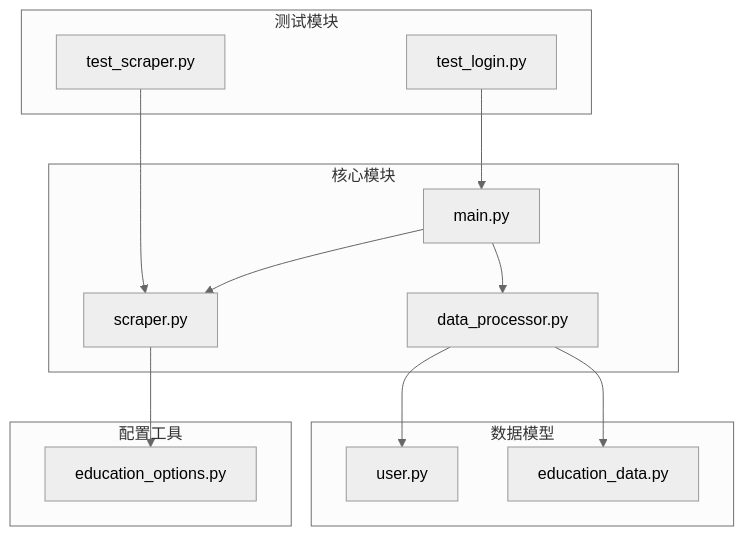
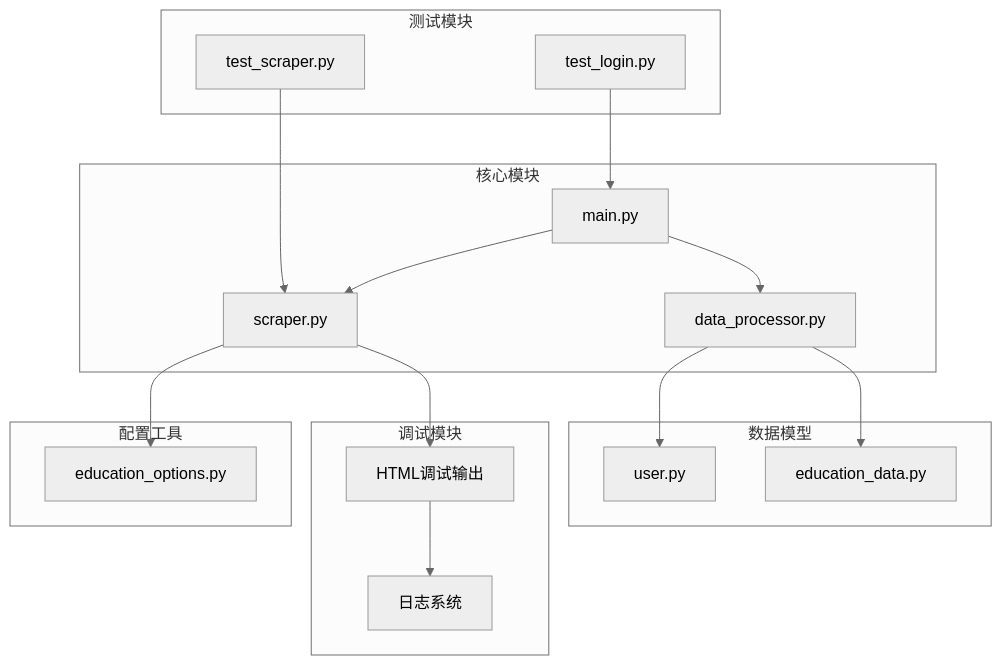
One commit to ghbbn053-ship-itsoulddog/soulddog changed the fourth of 4 diagrams in .qoder/repowiki/zh/content/后端API文档/学术数据查询API/学术数据查询API.md. Above: the diagram before and after it, drawn with Mermaid (neutral theme). The commit also changed other lines of this file and 10 other files, not shown here.

````diff
--- a/.qoder/repowiki/zh/content/后端API文档/学术数据查询API/学术数据查询API.md
+++ b/.qoder/repowiki/zh/content/后端API文档/学术数据查询API/学术数据查询API.md
@@ -797,26 +861,32 @@
 ```mermaid
 graph TB
 subgraph "核心模块"
 MAIN[main.py]
 SCRAPER[scraper.py]
 DATA_PROCESSOR[data_processor.py]
 end
 subgraph "数据模型"
 USER_MODEL[user.py]
 EDUCATION_MODEL[education_data.py]
 end
 subgraph "配置工具"
 OPTIONS[education_options.py]
 end
 subgraph "测试模块"
 TEST_SCRAPER[test_scraper.py]
 TEST_LOGIN[test_login.py]
 end
+subgraph "调试模块"
+DEBUG[HTML调试输出]
+LOG[日志系统]
+end
 MAIN --> SCRAPER
 MAIN --> DATA_PROCESSOR
 DATA_PROCESSOR --> USER_MODEL
 DATA_PROCESSOR --> EDUCATION_MODEL
 SCRAPER --> OPTIONS
+SCRAPER --> DEBUG
+DEBUG --> LOG
 TEST_SCRAPER --> SCRAPER
 TEST_LOGIN --> MAIN
 ```
````
